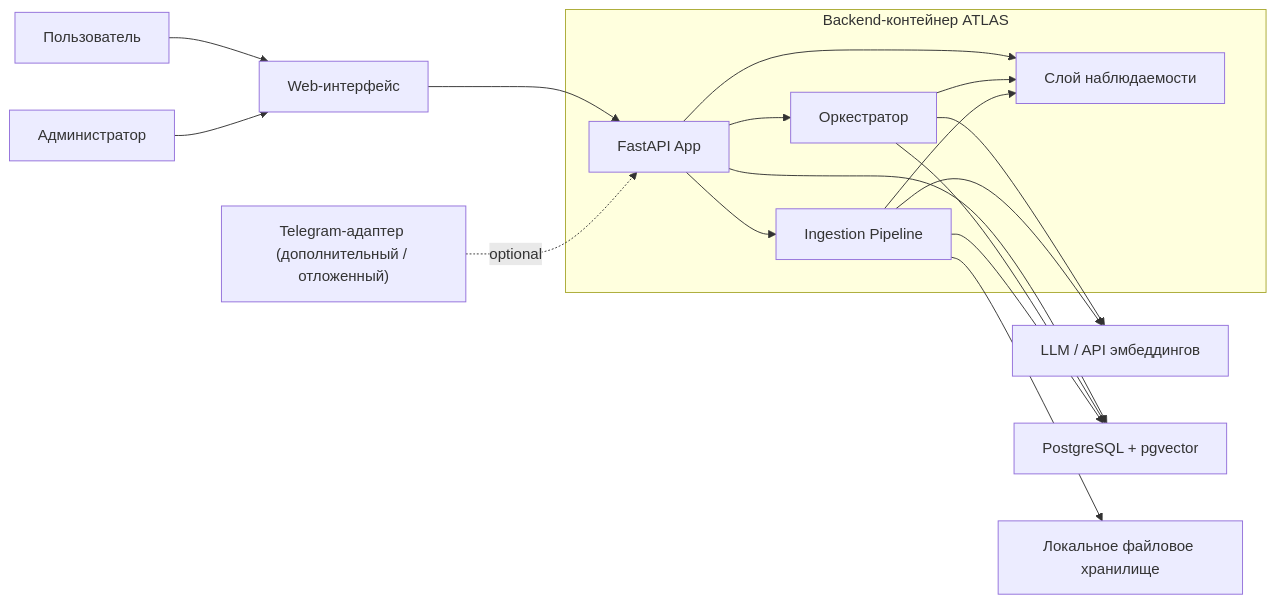
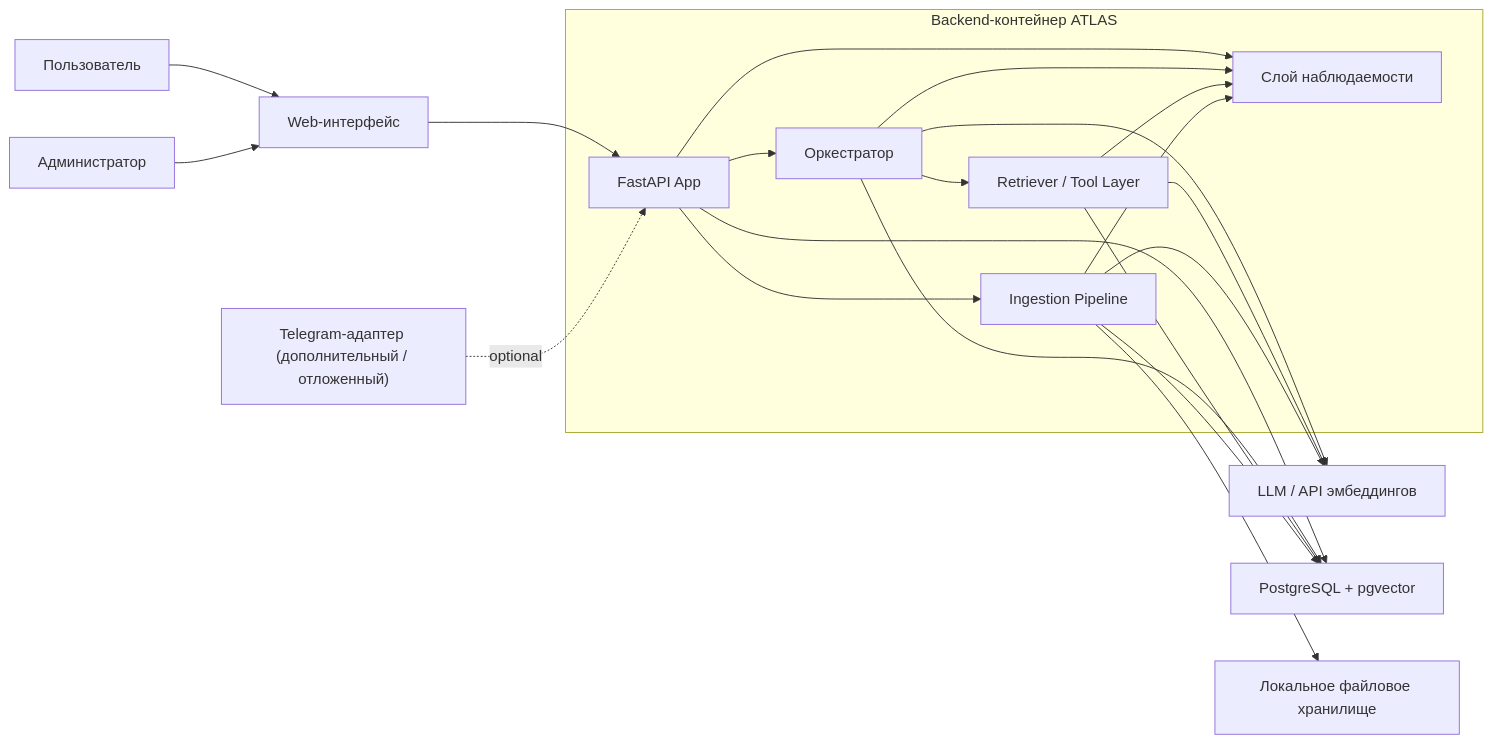
Before and after one commit to dmagog/ATLAS-phd: the diagram in docs/diagrams/c4-container.md, drawn with Mermaid. The commit also changed 10 other files, not shown here.

````diff
--- a/docs/diagrams/c4-container.md
+++ b/docs/diagrams/c4-container.md
@@ -7,28 +7,33 @@
 ```mermaid
 flowchart LR
     user["Пользователь"] --> web["Web-интерфейс"]
     admin["Администратор"] --> web
 
     subgraph app["Backend-контейнер ATLAS"]
         api["FastAPI App"]
         orch["Оркестратор"]
+        retr["Retriever / Tool Layer"]
         ingest["Ingestion Pipeline"]
         obs["Слой наблюдаемости"]
     end
 
     web --> api
     api --> orch
     api --> ingest
     api --> obs
+    orch --> retr
     orch --> obs
+    retr --> obs
     ingest --> obs
 
     orch --> llm["LLM / API эмбеддингов"]
+    retr --> llm
     ingest --> llm
     api --> db["PostgreSQL + pgvector"]
     orch --> db
+    retr --> db
     ingest --> db
     ingest --> files["Локальное файловое хранилище"]
 
     telegram["Telegram-адаптер (дополнительный / отложенный)"] -. optional .-> api
 ```
````
